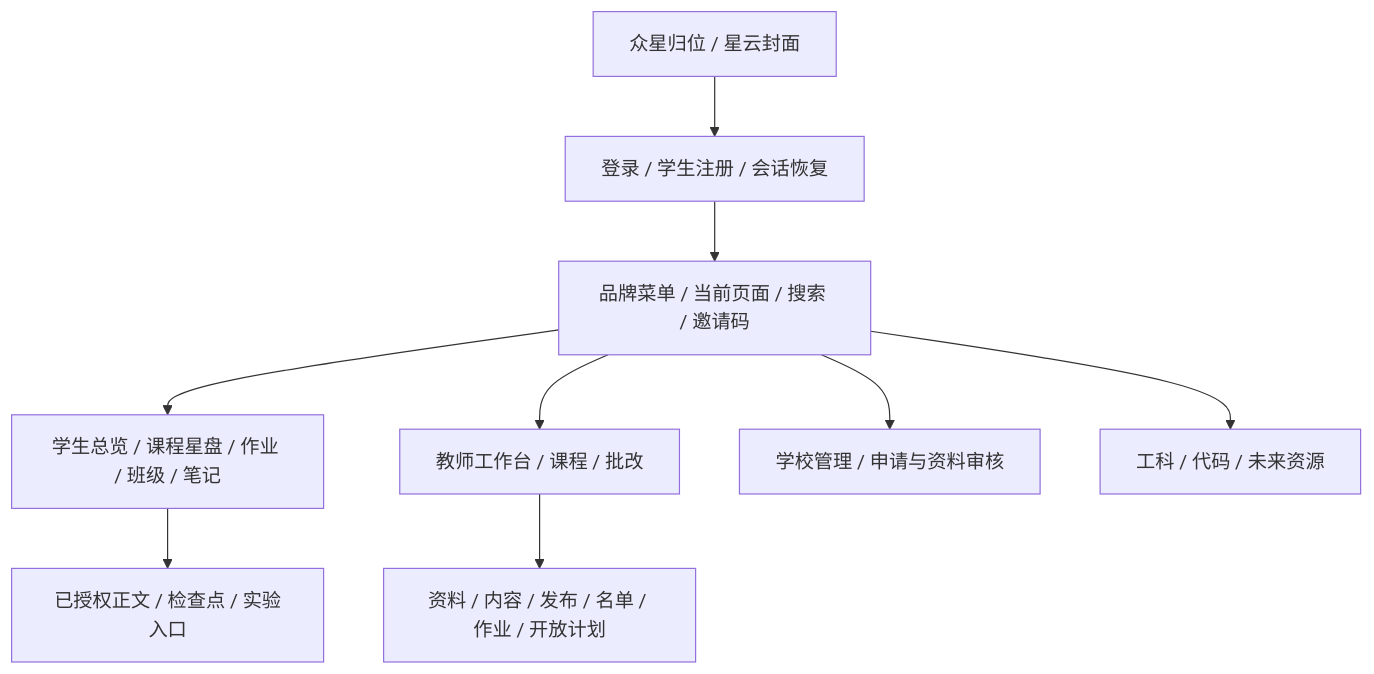
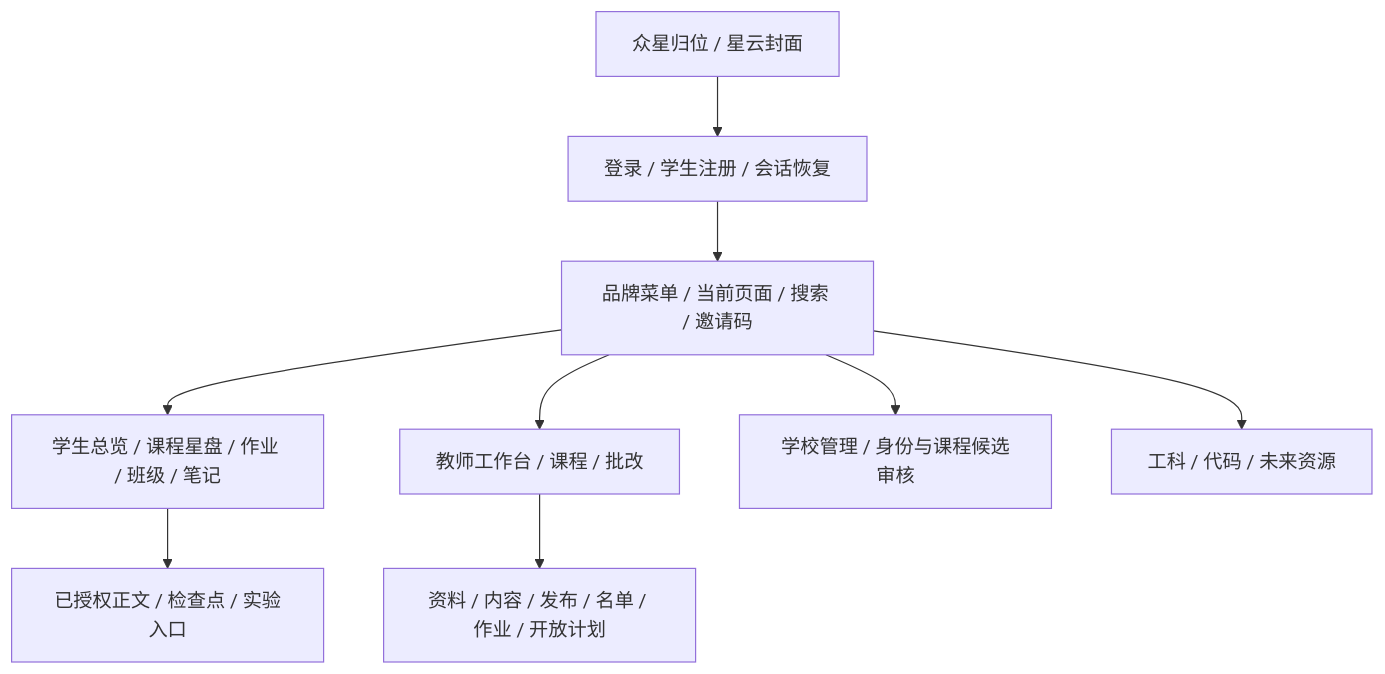
Before and after one commit to falling-feather/Astra: the second of 9 diagrams in doc/01-开发者手册.md, drawn with Mermaid. The commit also changed other lines of this file and 65 other files, not shown here.

````diff
--- a/doc/01-开发者手册.md
+++ b/doc/01-开发者手册.md
@@ -117,11 +117,11 @@
 ```mermaid
 flowchart TB
     INTRO["众星归位 / 星云封面"] --> LOGIN["登录 / 学生注册 / 会话恢复"]
     LOGIN --> SHELL["品牌菜单 / 当前页面 / 搜索 / 邀请码"]
     SHELL --> STUDENT["学生总览 / 课程星盘 / 作业 / 班级 / 笔记"]
     SHELL --> TEACHER["教师工作台 / 课程 / 批改"]
-    SHELL --> ADMIN["学校管理 / 申请与资料审核"]
+    SHELL --> ADMIN["学校管理 / 身份与课程候选审核"]
     SHELL --> LAB["工科 / 代码 / 未来资源"]
     TEACHER --> EDITOR["资料 / 内容 / 发布 / 名单 / 作业 / 开放计划"]
     STUDENT --> LESSON["已授权正文 / 检查点 / 实验入口"]
 ```
````
